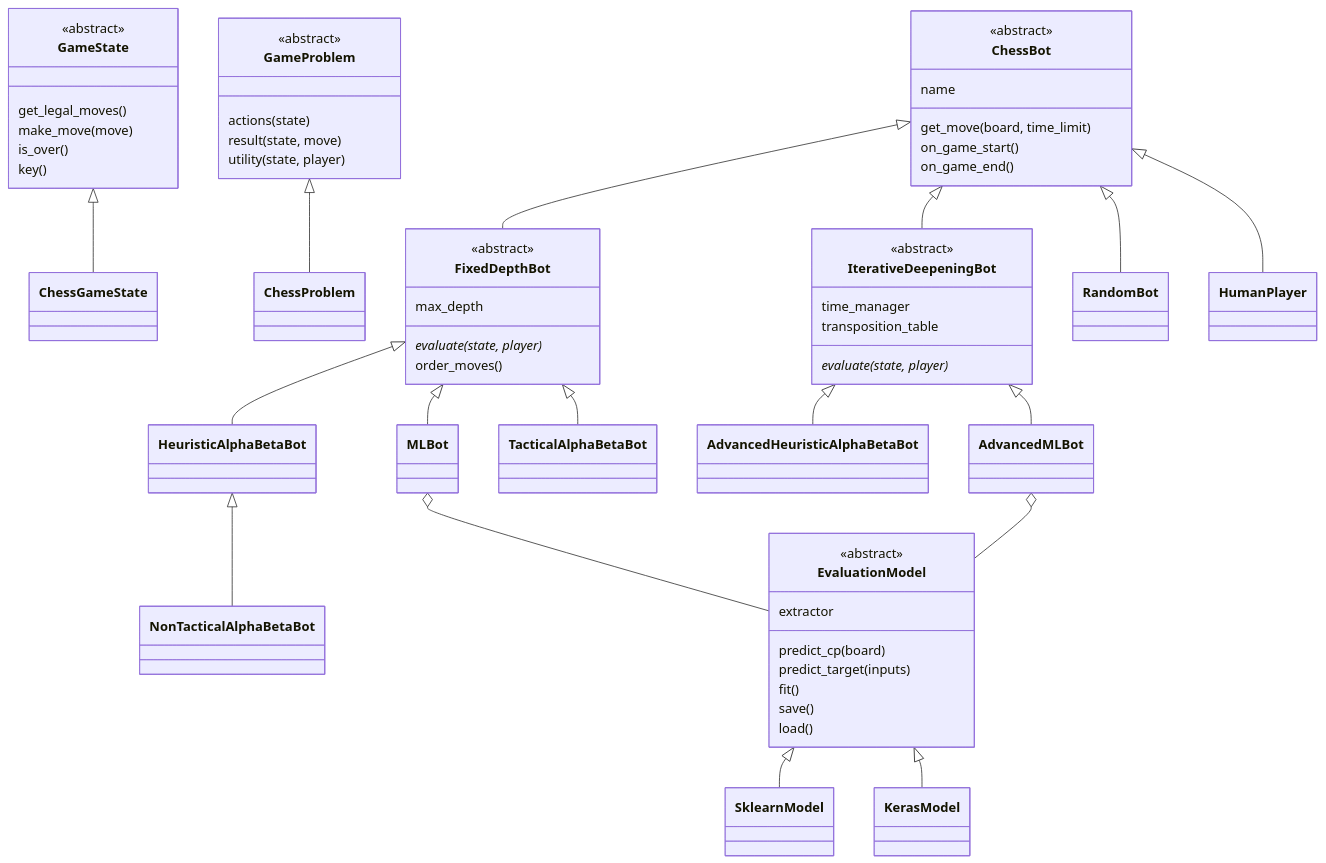
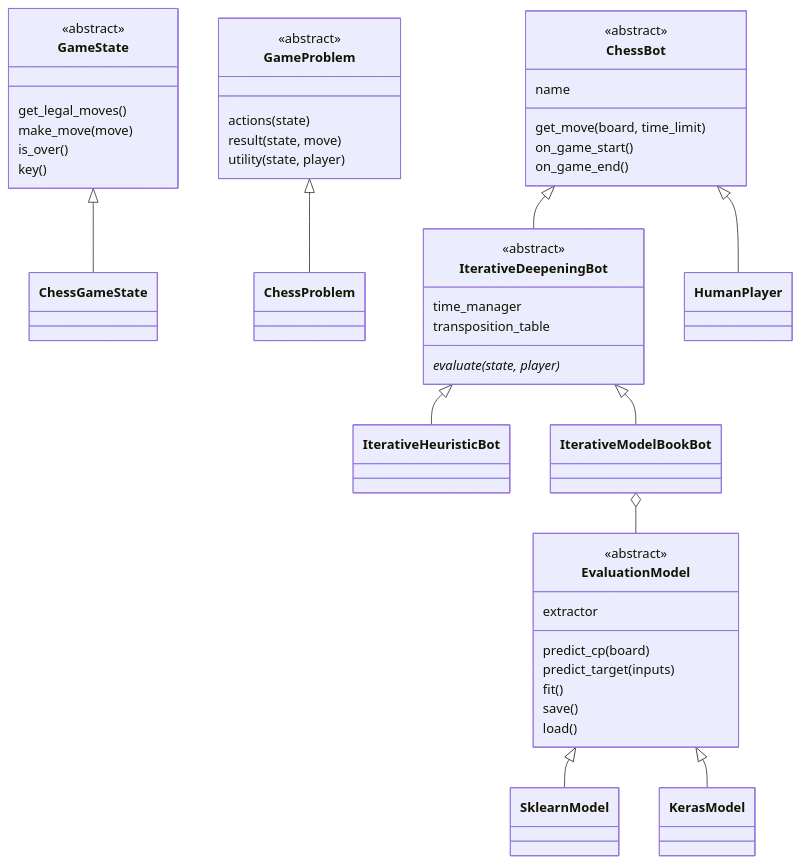
The second of 3 diagrams in docs/ARCHITECTURE.md (JoaquinDeVA/chess-ai-engine), drawn with Mermaid before and after one commit. The commit also changed other lines of this file and 27 other files, not shown here.

````diff
--- a/docs/ARCHITECTURE.md
+++ b/docs/ARCHITECTURE.md
@@ -31,62 +31,49 @@
 ```mermaid
 classDiagram
     class GameState {
         <<abstract>>
         get_legal_moves()
         make_move(move)
         is_over()
         key()
     }
     class GameProblem {
         <<abstract>>
         actions(state)
         result(state, move)
         utility(state, player)
     }
     GameState <|-- ChessGameState
     GameProblem <|-- ChessProblem
 
     class ChessBot {
         <<abstract>>
         name
         get_move(board, time_limit)
         on_game_start()
         on_game_end()
     }
-    class FixedDepthBot {
-        <<abstract>>
-        max_depth
-        evaluate(state, player)*
-        order_moves()
-    }
     class IterativeDeepeningBot {
         <<abstract>>
         time_manager
         transposition_table
         evaluate(state, player)*
     }
-    ChessBot <|-- FixedDepthBot
     ChessBot <|-- IterativeDeepeningBot
-    ChessBot <|-- RandomBot
     ChessBot <|-- HumanPlayer
-    FixedDepthBot <|-- HeuristicAlphaBetaBot
-    FixedDepthBot <|-- MLBot
-    FixedDepthBot <|-- TacticalAlphaBetaBot
-    HeuristicAlphaBetaBot <|-- NonTacticalAlphaBetaBot
-    IterativeDeepeningBot <|-- AdvancedHeuristicAlphaBetaBot
-    IterativeDeepeningBot <|-- AdvancedMLBot
+    IterativeDeepeningBot <|-- IterativeHeuristicBot
+    IterativeDeepeningBot <|-- IterativeModelBookBot
 
     class EvaluationModel {
         <<abstract>>
         extractor
         predict_cp(board)
         predict_target(inputs)
         fit()
         save()
         load()
     }
     EvaluationModel <|-- SklearnModel
     EvaluationModel <|-- KerasModel
-    MLBot o-- EvaluationModel
-    AdvancedMLBot o-- EvaluationModel
+    IterativeModelBookBot o-- EvaluationModel
 ```
````
